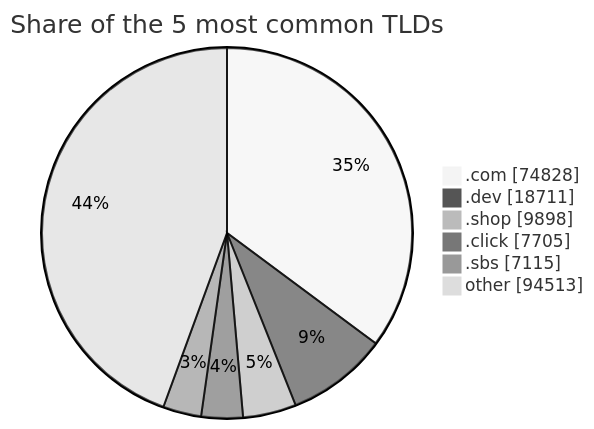
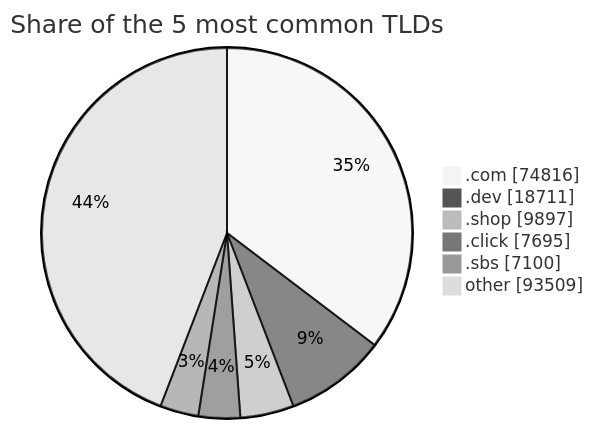
The third of 3 diagrams in README.md (DNSBunker/CTI), drawn with Mermaid (neutral theme) before and after one commit. The commit also changed other lines of this file and 3 other files, not shown here.

````diff
--- a/README.md
+++ b/README.md
@@ -81,9 +81,9 @@
 ```mermaid
 pie showData title Share of the 5 most common TLDs
-    ".com" : 74828
+    ".com" : 74816
     ".dev" : 18711
-    ".shop" : 9898
-    ".click" : 7705
-    ".sbs" : 7115
-    "other" : 94513
+    ".shop" : 9897
+    ".click" : 7695
+    ".sbs" : 7100
+    "other" : 93509
 ```
````
